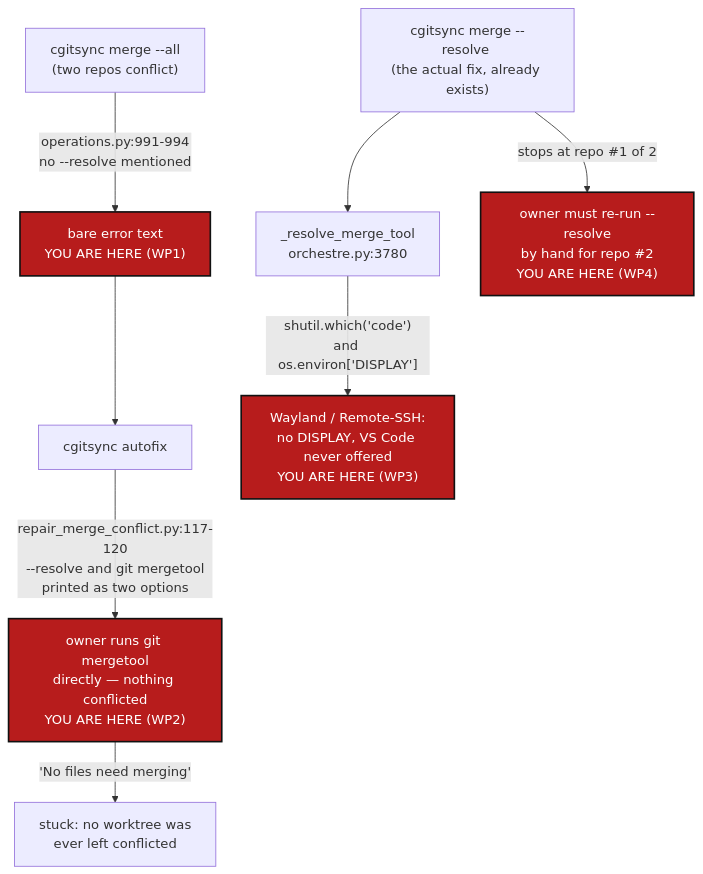
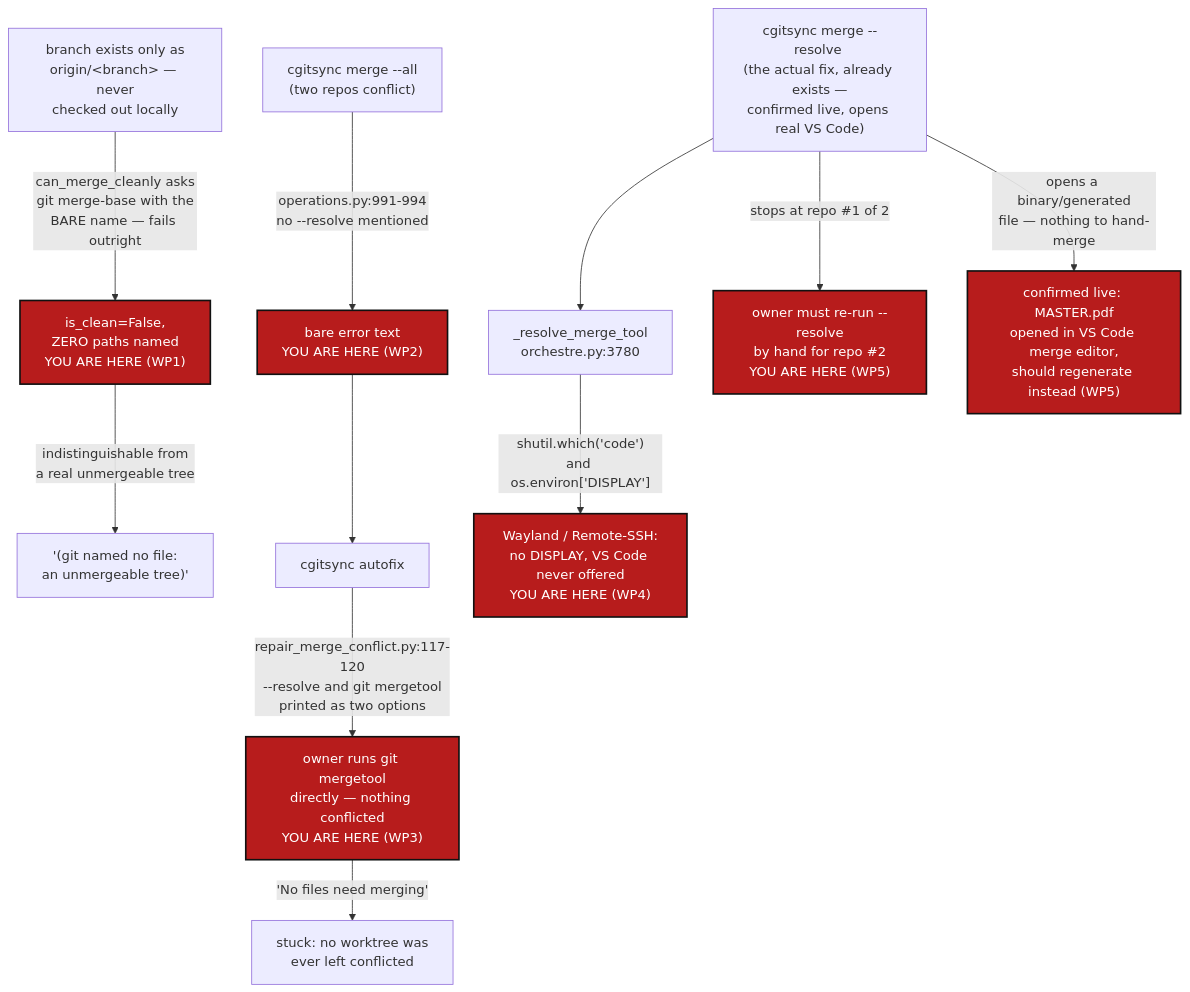
The diagram in DevTickets/openTickets/main_1-8_MergeUX_DevPlanTicket.md (flipoyo/.localSpec), drawn with Mermaid before and after one commit. The commit also changed other lines of this file, not shown here.

Commit message:
cgitsync3.2.0 root-identity duplication fixed

````diff
--- a/DevTickets/openTickets/main_1-8_MergeUX_DevPlanTicket.md
+++ b/DevTickets/openTickets/main_1-8_MergeUX_DevPlanTicket.md
@@ -67,14 +93,18 @@
 ```mermaid
 graph TD
-    ALL["cgitsync merge --all<br/>(two repos conflict)"] -->|"operations.py:991-994<br/>no --resolve mentioned"| ERR["bare error text<br/>YOU ARE HERE (WP1)"]
+    BARE["branch exists only as<br/>origin/&lt;branch&gt; — never<br/>checked out locally"] -->|"can_merge_cleanly asks<br/>git merge-base with the<br/>BARE name — fails outright"| BUG["is_clean=False,<br/>ZERO paths named<br/>YOU ARE HERE (WP1)"]
+    BUG -->|"indistinguishable from<br/>a real unmergeable tree"| ERR0["'(git named no file:<br/>an unmergeable tree)'"]
+
+    ALL["cgitsync merge --all<br/>(two repos conflict)"] -->|"operations.py:991-994<br/>no --resolve mentioned"| ERR["bare error text<br/>YOU ARE HERE (WP2)"]
     ERR --> FIX1["cgitsync autofix"]
-    FIX1 -->|"repair_merge_conflict.py:117-120<br/>--resolve and git mergetool<br/>printed as two options"| CONFUSED["owner runs git mergetool<br/>directly — nothing conflicted<br/>YOU ARE HERE (WP2)"]
+    FIX1 -->|"repair_merge_conflict.py:117-120<br/>--resolve and git mergetool<br/>printed as two options"| CONFUSED["owner runs git mergetool<br/>directly — nothing conflicted<br/>YOU ARE HERE (WP3)"]
     CONFUSED -->|"'No files need merging'"| STUCK["stuck: no worktree was<br/>ever left conflicted"]
 
-    RESOLVE["cgitsync merge --resolve <branch><br/>(the actual fix, already exists)"] --> DETECT["_resolve_merge_tool<br/>orchestre.py:3780"]
-    DETECT -->|"shutil.which('code')<br/>and os.environ['DISPLAY']"| GAP3["Wayland / Remote-SSH:<br/>no DISPLAY, VS Code never offered<br/>YOU ARE HERE (WP3)"]
-    RESOLVE -->|"stops at repo #1 of 2"| AGAIN["owner must re-run --resolve<br/>by hand for repo #2<br/>YOU ARE HERE (WP4)"]
+    RESOLVE["cgitsync merge --resolve <branch><br/>(the actual fix, already exists —<br/>confirmed live, opens real VS Code)"] --> DETECT["_resolve_merge_tool<br/>orchestre.py:3780"]
+    DETECT -->|"shutil.which('code')<br/>and os.environ['DISPLAY']"| GAP3["Wayland / Remote-SSH:<br/>no DISPLAY, VS Code never offered<br/>YOU ARE HERE (WP4)"]
+    RESOLVE -->|"stops at repo #1 of 2"| AGAIN["owner must re-run --resolve<br/>by hand for repo #2<br/>YOU ARE HERE (WP5)"]
+    RESOLVE -->|"opens a binary/generated<br/>file — nothing to hand-merge"| WRONGTOOL["confirmed live: MASTER.pdf<br/>opened in VS Code merge editor,<br/>should regenerate instead (WP5)"]
 
     classDef here fill:#B71C1C,color:#fff,stroke:#111,stroke-width:2px;
-    class ERR,CONFUSED,GAP3,AGAIN here;
+    class BUG,ERR,CONFUSED,GAP3,AGAIN,WRONGTOOL here;
 ```
````
